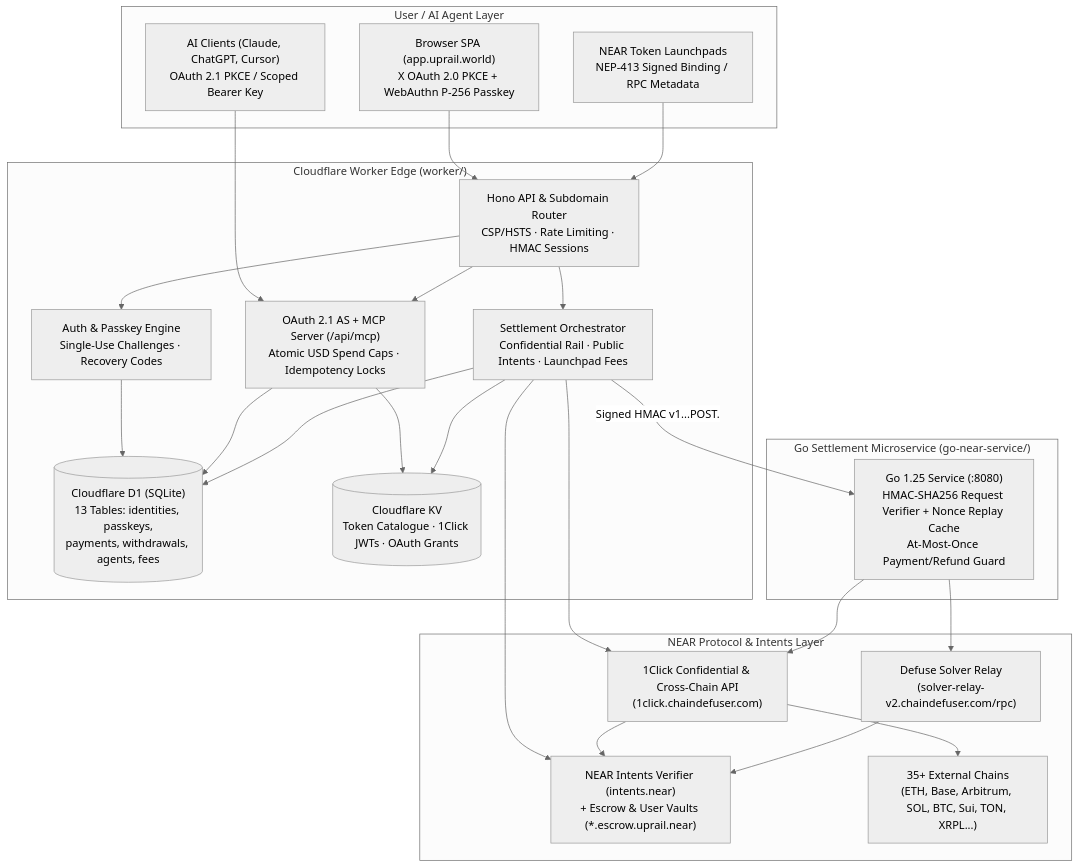
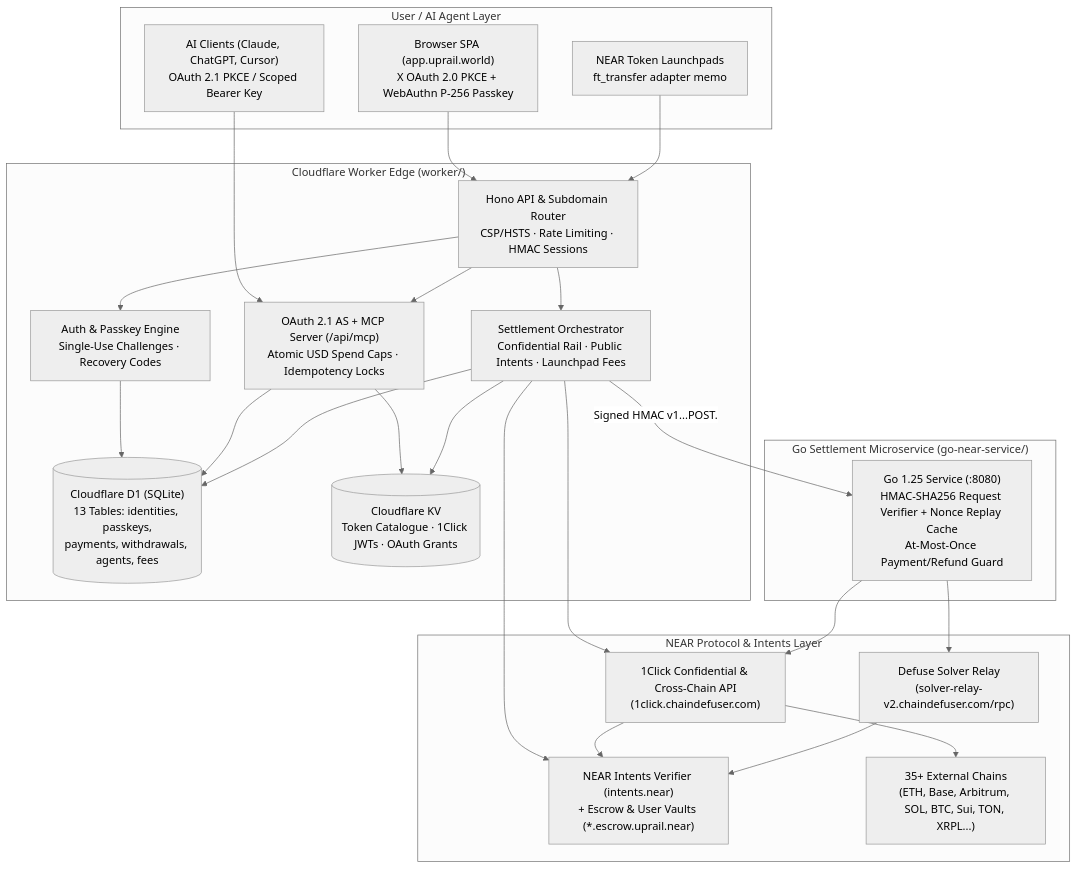
The diagram in README.md (iJ03l/UPRAIL), drawn with Mermaid (neutral theme) before and after one commit. The commit also changed other lines of this file and 13 other files, not shown here.

First line of the commit message:
Credit launchpad X payouts from an adapter memo.

````diff
--- a/README.md
+++ b/README.md
@@ -223,48 +228,48 @@
 ```mermaid
 flowchart TD
     subgraph Client["User / AI Agent Layer"]
         Browser["Browser SPA (app.uprail.world)<br/>X OAuth 2.0 PKCE + WebAuthn P-256 Passkey"]
         AIAgent["AI Clients (Claude, ChatGPT, Cursor)<br/>OAuth 2.1 PKCE / Scoped Bearer Key"]
-        Launchpad["NEAR Token Launchpads<br/>NEP-413 Signed Binding / RPC Metadata"]
+        Launchpad["NEAR Token Launchpads<br/>ft_transfer adapter memo"]
     end
 
     subgraph Edge["Cloudflare Worker Edge (worker/)"]
         Router["Hono API & Subdomain Router<br/>CSP/HSTS · Rate Limiting · HMAC Sessions"]
         Auth["Auth & Passkey Engine<br/>Single-Use Challenges · Recovery Codes"]
         AgentMCP["OAuth 2.1 AS + MCP Server (/api/mcp)<br/>Atomic USD Spend Caps · Idempotency Locks"]
         Rail["Settlement Orchestrator<br/>Confidential Rail · Public Intents · Launchpad Fees"]
         D1[("Cloudflare D1 (SQLite)<br/>13 Tables: identities, passkeys,<br/>payments, withdrawals, agents, fees")]
         KV[("Cloudflare KV<br/>Token Catalogue · 1Click JWTs · OAuth Grants")]
     end
 
     subgraph Settlement["Go Settlement Microservice (go-near-service/)"]
         GoSvc["Go 1.25 Service (:8080)<br/>HMAC-SHA256 Request Verifier + Nonce Replay Cache<br/>At-Most-Once Payment/Refund Guard"]
     end
 
     subgraph NEAR["NEAR Protocol & Intents Layer"]
         OneClick["1Click Confidential & Cross-Chain API<br/>(1click.chaindefuser.com)"]
         Solver["Defuse Solver Relay<br/>(solver-relay-v2.chaindefuser.com/rpc)"]
         IntentsContract["NEAR Intents Verifier (intents.near)<br/>+ Escrow & User Vaults (*.escrow.uprail.near)"]
         DestChains["35+ External Chains<br/>(ETH, Base, Arbitrum, SOL, BTC, Sui, TON, XRPL...)"]
     end
 
     Browser --> Router
     AIAgent --> AgentMCP
     Launchpad --> Router
     Router --> Auth
     Router --> AgentMCP
     Router --> Rail
     Auth --> D1
     AgentMCP --> D1
     AgentMCP --> KV
     Rail --> D1
     Rail --> KV
     Rail -- "Signed HMAC v1.<ts>.<nonce>.POST.<path>.<sha256>" --> GoSvc
     Rail --> OneClick
     Rail --> IntentsContract
     GoSvc --> OneClick
     GoSvc --> Solver
     OneClick --> IntentsContract
     Solver --> IntentsContract
     OneClick --> DestChains
 ```
````
